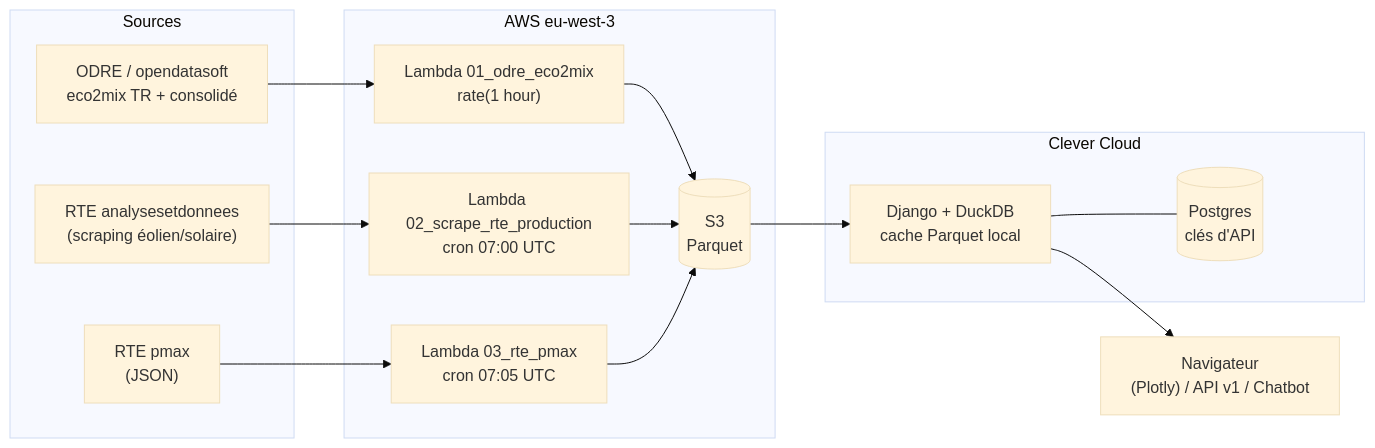
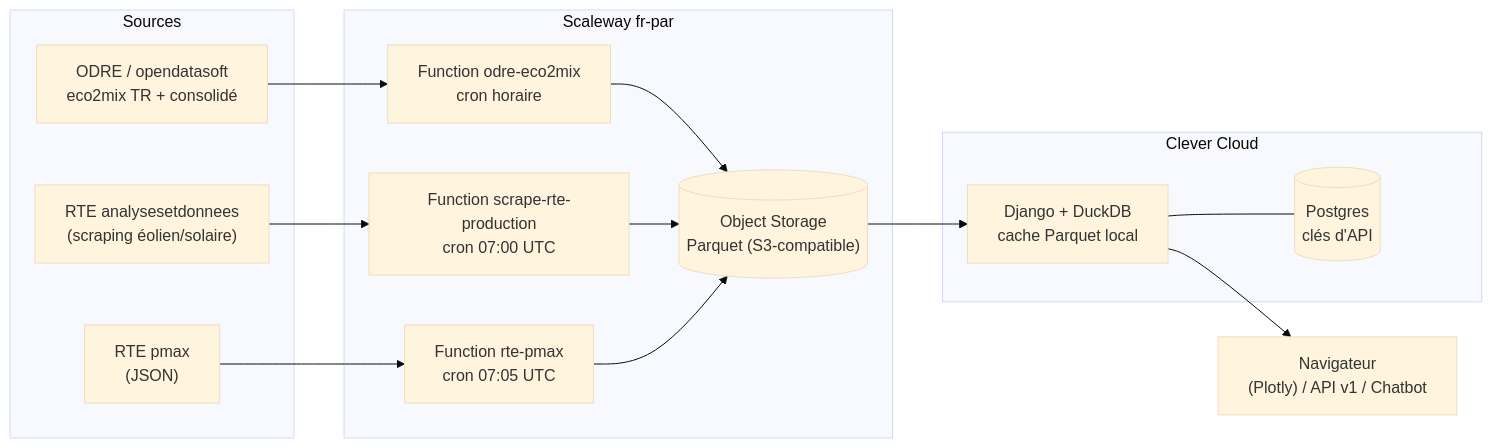
The diagram in docs/01-architecture.md (nad213/electricity-project), drawn with Mermaid (base theme) before and after one commit. The commit also changed other lines of this file and 7 other files, not shown here.

````diff
--- a/docs/01-architecture.md
+++ b/docs/01-architecture.md
@@ -7,27 +7,27 @@
 ```mermaid
 flowchart LR
     subgraph Sources
         ODRE["ODRE / opendatasoft<br/>eco2mix TR + consolidé"]
         RTE1["RTE analysesetdonnees<br/>(scraping éolien/solaire)"]
         RTE2["RTE pmax<br/>(JSON)"]
     end
 
-    subgraph AWS["AWS eu-west-3"]
-        L1["Lambda 01_odre_eco2mix<br/>rate(1 hour)"]
-        L2["Lambda 02_scrape_rte_production<br/>cron 07:00 UTC"]
-        L3["Lambda 03_rte_pmax<br/>cron 07:05 UTC"]
-        S3[("S3<br/>Parquet")]
+    subgraph SCW["Scaleway fr-par"]
+        L1["Function odre-eco2mix<br/>cron horaire"]
+        L2["Function scrape-rte-production<br/>cron 07:00 UTC"]
+        L3["Function rte-pmax<br/>cron 07:05 UTC"]
+        S3[("Object Storage<br/>Parquet (S3-compatible)")]
     end
 
     subgraph Clever["Clever Cloud"]
         DJ["Django + DuckDB<br/>cache Parquet local"]
         PG[("Postgres<br/>clés d'API")]
     end
 
     ODRE --> L1 --> S3
     RTE1 --> L2 --> S3
     RTE2 --> L3 --> S3
     S3 --> DJ
     DJ --- PG
     DJ --> U["Navigateur<br/>(Plotly) / API v1 / Chatbot"]
 ```
````
